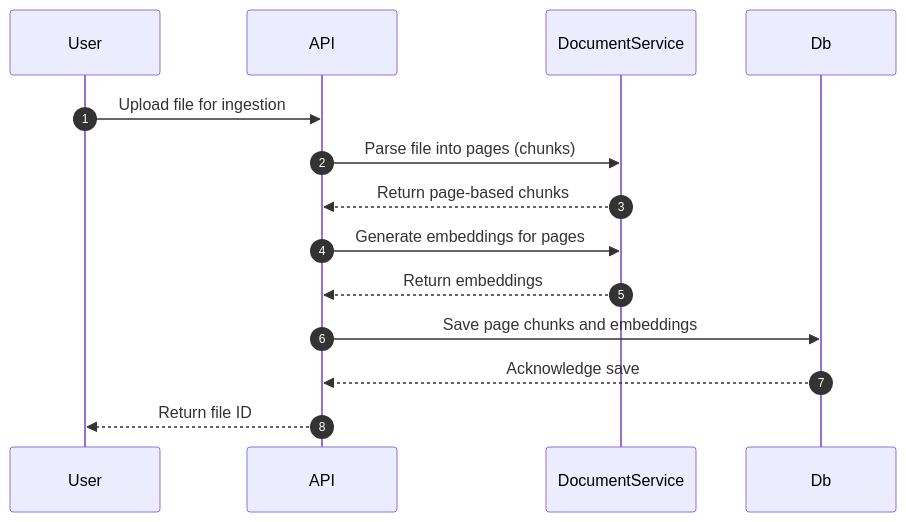
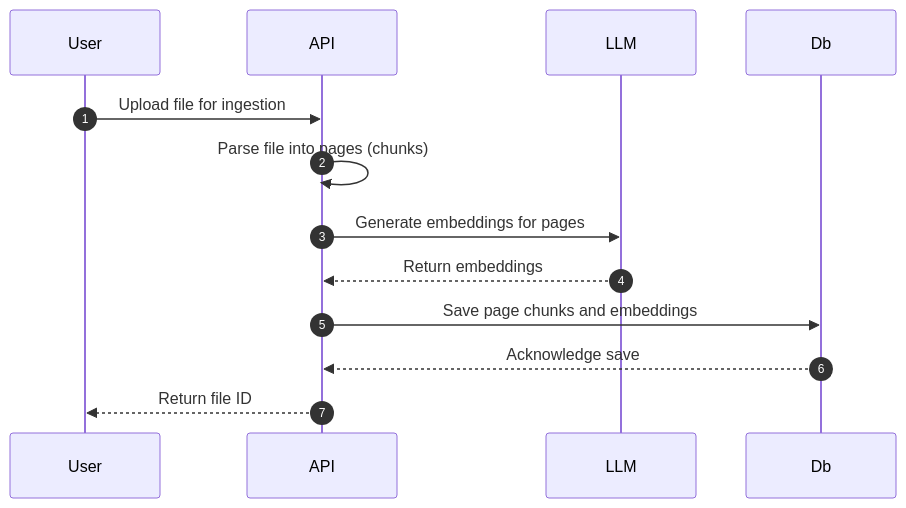
The diagram in docs/components/doc-management.md (robellmh/HCD-AI), drawn with Mermaid before and after one commit. The commit also changed other lines of this file, not shown here.

Commit message:
Remove search diagram + edit ingestion diagram

````diff
--- a/docs/components/doc-management.md
+++ b/docs/components/doc-management.md
@@ -6,12 +6,11 @@
 ```mermaid
 sequenceDiagram
     autonumber
     User->>API: Upload file for ingestion
-    API->>DocumentService: Parse file into pages (chunks)
-    DocumentService-->>API: Return page-based chunks
-    API->>DocumentService: Generate embeddings for pages
-    DocumentService-->>API: Return embeddings
+    API->>API: Parse file into pages (chunks)
+    API->>LLM: Generate embeddings for pages
+    LLM-->>API: Return embeddings
     API->>Db: Save page chunks and embeddings
     Db-->>API: Acknowledge save
     API-->>User: Return file ID
 ```
````
